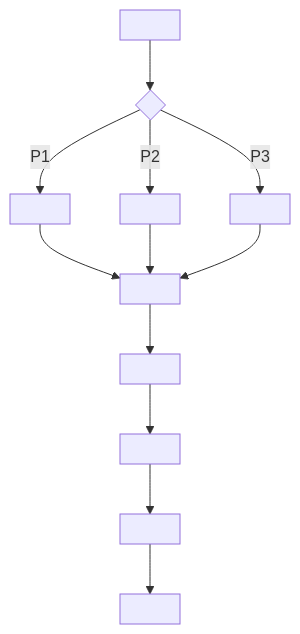
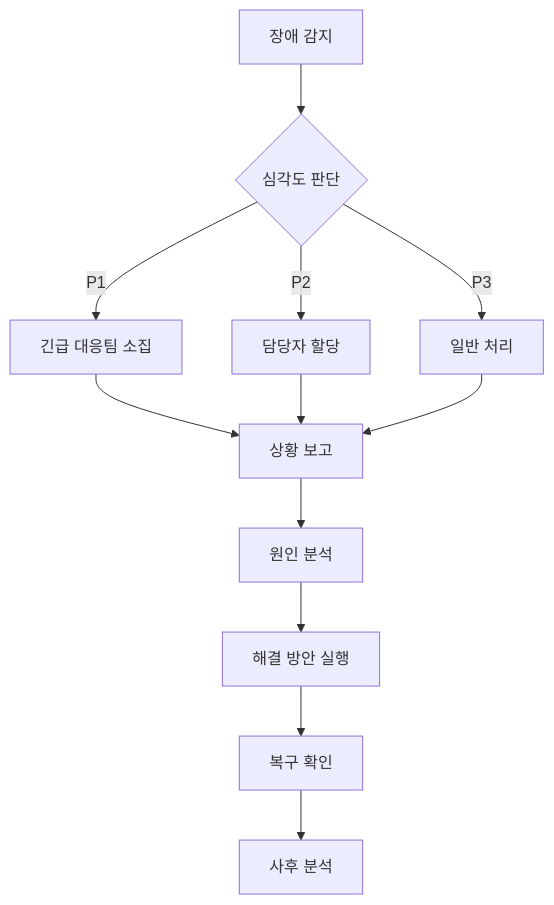
The diagram in posts/ko/entasis_engin_11.md (Russ481-k/Russ481-k.github.io), drawn with Mermaid before and after one commit. The commit also changed other lines of this file and 85 other files, not shown here.

````diff
--- a/posts/ko/entasis_engin_11.md
+++ b/posts/ko/entasis_engin_11.md
@@ -148,14 +148,14 @@
 ```mermaid
 graph TD
-    A[ ] --> B{ }
-    B -->|P1| C[  ]
-    B -->|P2| D[ ]
-    B -->|P3| E[ ]
-    C --> F[ ]
+    A[장애 감지] --> B{심각도 판단}
+    B -->|P1| C[긴급 대응팀 소집]
+    B -->|P2| D[담당자 할당]
+    B -->|P3| E[일반 처리]
+    C --> F[상황 보고]
     D --> F
     E --> F
-    F --> G[ ]
-    G --> H[  ]
-    H --> I[ ]
-    I --> J[ ]
+    F --> G[원인 분석]
+    G --> H[해결 방안 실행]
+    H --> I[복구 확인]
+    I --> J[사후 분석]
 ```
````
